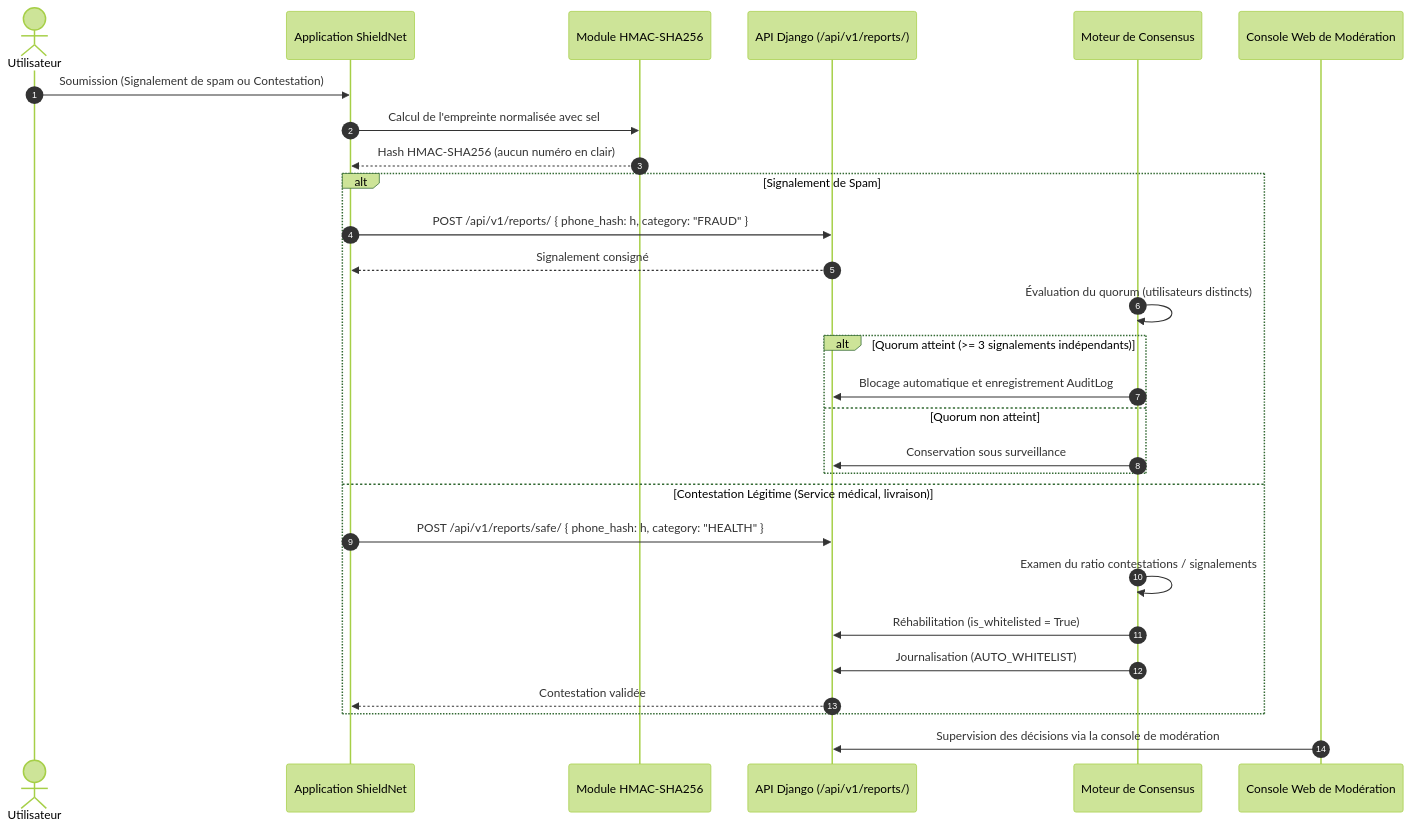
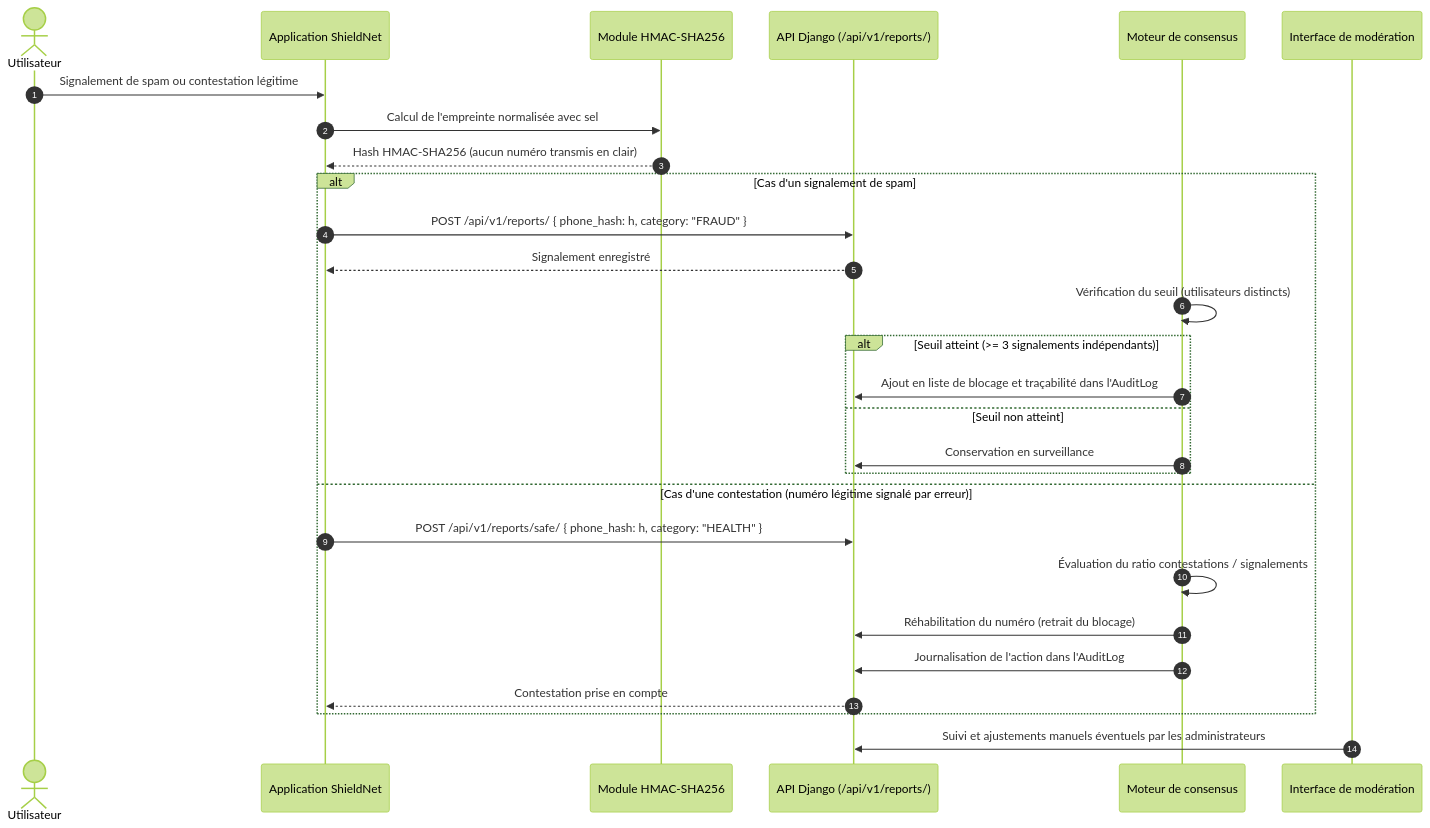
One commit to fadelilyas01/Projet-Synth-se changed the seventh of 7 diagrams in docs/ARCHITECTURE_ET_CONCEPTION.md. Above: the diagram before and after it, drawn with Mermaid (forest theme). The commit also changed other lines of this file and 2 other files, not shown here.

Commit message:
docs: add architecture, deployment, and security threat model documentation

````diff
--- a/docs/ARCHITECTURE_ET_CONCEPTION.md
+++ b/docs/ARCHITECTURE_ET_CONCEPTION.md
@@ -365,34 +367,34 @@
 ```mermaid
 sequenceDiagram
     autonumber
-    actor Citoyen as Utilisateur
+    actor Utilisateur as Utilisateur
     participant App as Application ShieldNet
     participant Crypto as Module HMAC-SHA256
     participant Backend as API Django (/api/v1/reports/)
-    participant Consensus as Moteur de Consensus
-    participant Admin as Console Web de Modération
+    participant Consensus as Moteur de consensus
+    participant Admin as Interface de modération
 
-    Citoyen->>App: Soumission (Signalement de spam ou Contestation)
+    Utilisateur->>App: Signalement de spam ou contestation légitime
     App->>Crypto: Calcul de l'empreinte normalisée avec sel
-    Crypto-->>App: Hash HMAC-SHA256 (aucun numéro en clair)
+    Crypto-->>App: Hash HMAC-SHA256 (aucun numéro transmis en clair)
     
-    alt Signalement de Spam
+    alt Cas d'un signalement de spam
         App->>Backend: POST /api/v1/reports/ { phone_hash: h, category: "FRAUD" }
-        Backend-->>App: Signalement consigné
+        Backend-->>App: Signalement enregistré
         
-        Consensus->>Consensus: Évaluation du quorum (utilisateurs distincts)
-        alt Quorum atteint (>= 3 signalements indépendants)
-            Consensus->>Backend: Blocage automatique et enregistrement AuditLog
-        else Quorum non atteint
-            Consensus->>Backend: Conservation sous surveillance
+        Consensus->>Consensus: Vérification du seuil (utilisateurs distincts)
+        alt Seuil atteint (>= 3 signalements indépendants)
+            Consensus->>Backend: Ajout en liste de blocage et traçabilité dans l'AuditLog
+        else Seuil non atteint
+            Consensus->>Backend: Conservation en surveillance
         end
-    else Contestation Légitime (Service médical, livraison)
+    else Cas d'une contestation (numéro légitime signalé par erreur)
         App->>Backend: POST /api/v1/reports/safe/ { phone_hash: h, category: "HEALTH" }
-        Consensus->>Consensus: Examen du ratio contestations / signalements
-        Consensus->>Backend: Réhabilitation (is_whitelisted = True)
-        Consensus->>Backend: Journalisation (AUTO_WHITELIST)
-        Backend-->>App: Contestation validée
+        Consensus->>Consensus: Évaluation du ratio contestations / signalements
+        Consensus->>Backend: Réhabilitation du numéro (retrait du blocage)
+        Consensus->>Backend: Journalisation de l'action dans l'AuditLog
+        Backend-->>App: Contestation prise en compte
     end
     
-    Admin->>Backend: Supervision des décisions via la console de modération
+    Admin->>Backend: Suivi et ajustements manuels éventuels par les administrateurs
 ```
````
